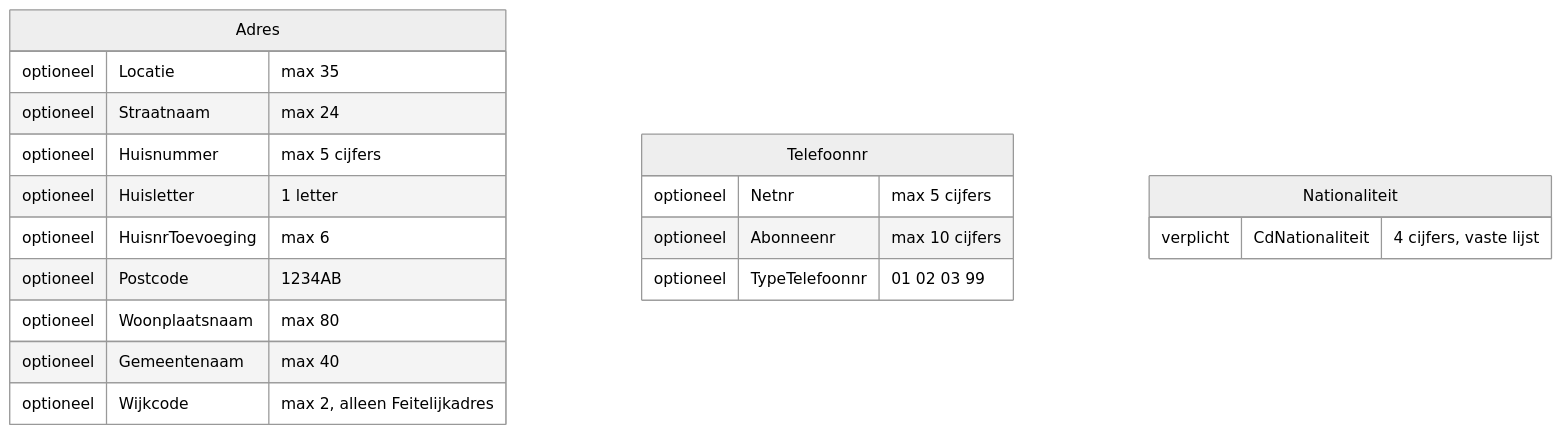
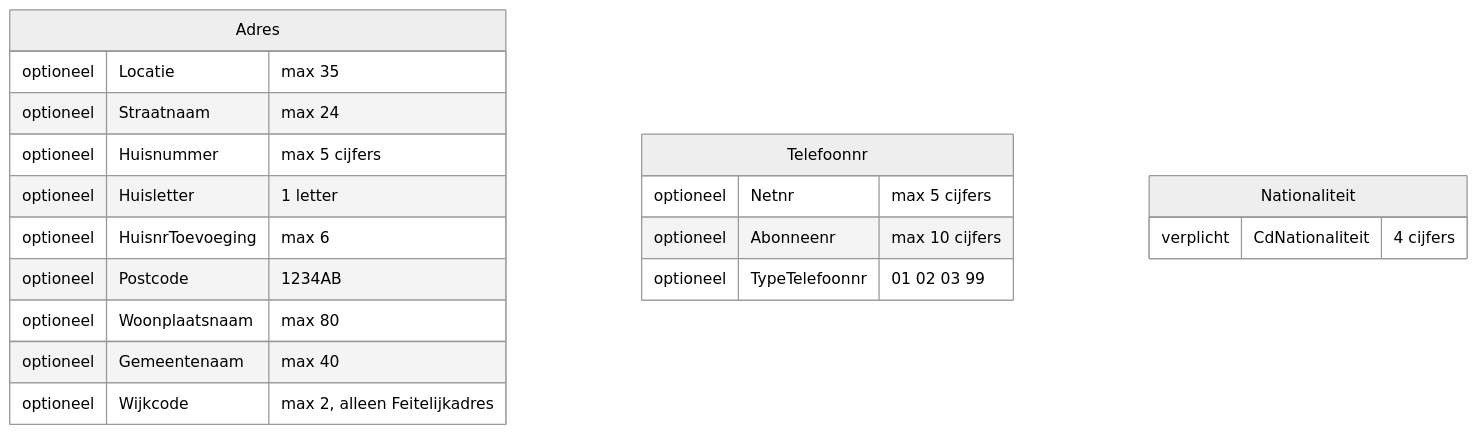
Before and after one commit to GemeenteNijmegen/aanvragen-sociaal-domein: the fifth of 5 diagrams in src/validate/webintake/README.md, drawn with Mermaid (neutral theme). The commit also changed other lines of this file and 1 other file, not shown here.

````diff
--- a/src/validate/webintake/README.md
+++ b/src/validate/webintake/README.md
@@ -102,22 +95,22 @@
 ```mermaid
 erDiagram
     Adres {
         optioneel Locatie "max 35"
         optioneel Straatnaam "max 24"
         optioneel Huisnummer "max 5 cijfers"
         optioneel Huisletter "1 letter"
         optioneel HuisnrToevoeging "max 6"
         optioneel Postcode "1234AB"
         optioneel Woonplaatsnaam "max 80"
         optioneel Gemeentenaam "max 40"
         optioneel Wijkcode "max 2, alleen Feitelijkadres"
     }
     Telefoonnr {
         optioneel Netnr "max 5 cijfers"
         optioneel Abonneenr "max 10 cijfers"
         optioneel TypeTelefoonnr "01 02 03 99"
     }
     Nationaliteit {
-        verplicht CdNationaliteit "4 cijfers, vaste lijst"
+        verplicht CdNationaliteit "4 cijfers"
     }
 ```
````
